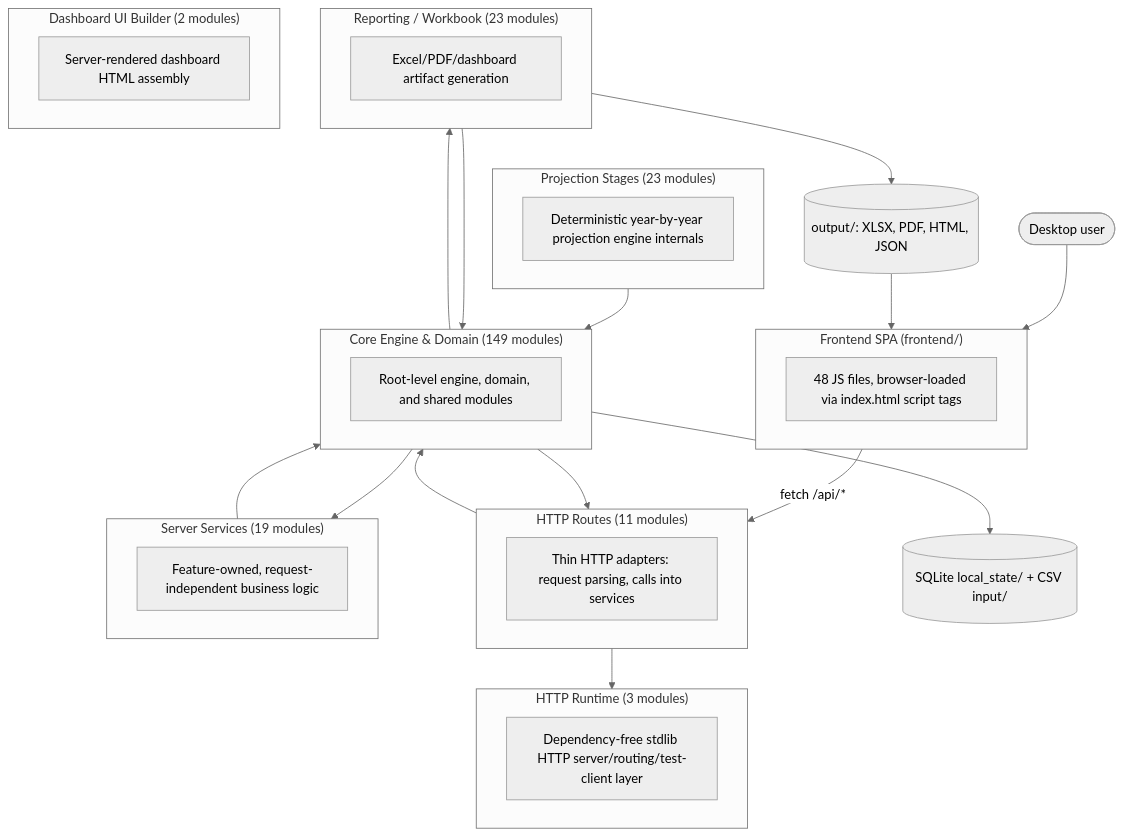
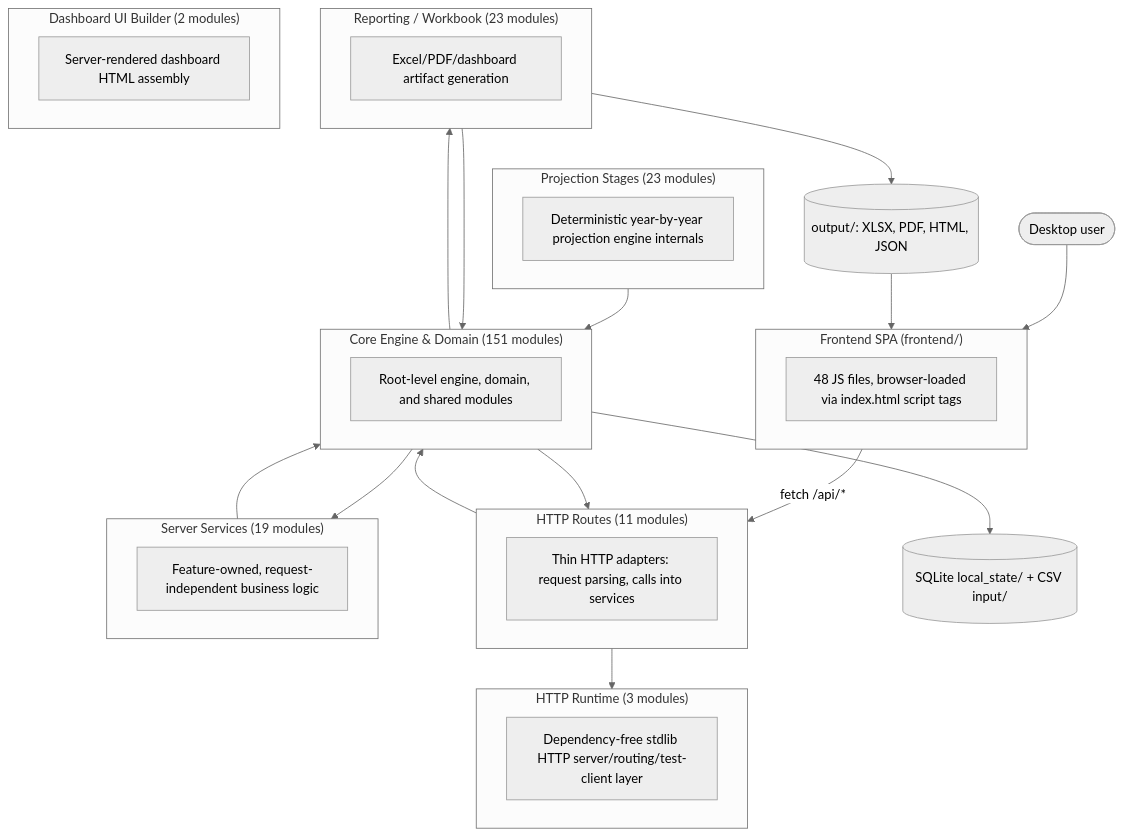
One commit to matthartzman/retirement_system changed the first of 2 diagrams in documentation/reference/SYSTEM_ARCHITECTURE_DIAGRAM.md. Above: the diagram before and after it, drawn with Mermaid (neutral theme). The commit also changed other lines of this file and 44 other files, not shown here.

````diff
--- a/documentation/reference/SYSTEM_ARCHITECTURE_DIAGRAM.md
+++ b/documentation/reference/SYSTEM_ARCHITECTURE_DIAGRAM.md
@@ -11,40 +11,40 @@
 ```mermaid
 flowchart TB
     User(["Desktop user"]) --> FE
     subgraph FE["Frontend SPA (frontend/)"]
         FEcount["48 JS files, browser-loaded via index.html script tags"]
     end
     FE -->|fetch /api/*| L_HTTP_Routes
     subgraph L_HTTP_Routes["HTTP Routes (11 modules)"]
         L_HTTP_Routes_d["Thin HTTP adapters: request parsing, calls into services"]
     end
     subgraph L_Server_Services["Server Services (19 modules)"]
         L_Server_Services_d["Feature-owned, request-independent business logic"]
     end
     subgraph L_HTTP_Runtime["HTTP Runtime (3 modules)"]
         L_HTTP_Runtime_d["Dependency-free stdlib HTTP server/routing/test-client layer"]
     end
-    subgraph L_Core_Engine___Domain["Core Engine & Domain (149 modules)"]
+    subgraph L_Core_Engine___Domain["Core Engine & Domain (151 modules)"]
         L_Core_Engine___Domain_d["Root-level engine, domain, and shared modules"]
     end
     subgraph L_Projection_Stages["Projection Stages (23 modules)"]
         L_Projection_Stages_d["Deterministic year-by-year projection engine internals"]
     end
     subgraph L_Reporting___Workbook["Reporting / Workbook (23 modules)"]
         L_Reporting___Workbook_d["Excel/PDF/dashboard artifact generation"]
     end
     subgraph L_Dashboard_UI_Builder["Dashboard UI Builder (2 modules)"]
         L_Dashboard_UI_Builder_d["Server-rendered dashboard HTML assembly"]
     end
     L_Core_Engine___Domain --> L_HTTP_Routes
     L_Core_Engine___Domain --> L_Reporting___Workbook
     L_Core_Engine___Domain --> L_Server_Services
     L_HTTP_Routes --> L_Core_Engine___Domain
     L_HTTP_Routes --> L_HTTP_Runtime
     L_Projection_Stages --> L_Core_Engine___Domain
     L_Reporting___Workbook --> L_Core_Engine___Domain
     L_Server_Services --> L_Core_Engine___Domain
     L_Core_Engine___Domain --> DB[("SQLite local_state/ + CSV input/")]
     L_Reporting___Workbook --> Outputs[("output/: XLSX, PDF, HTML, JSON")]
     Outputs --> FE
 ```
````
